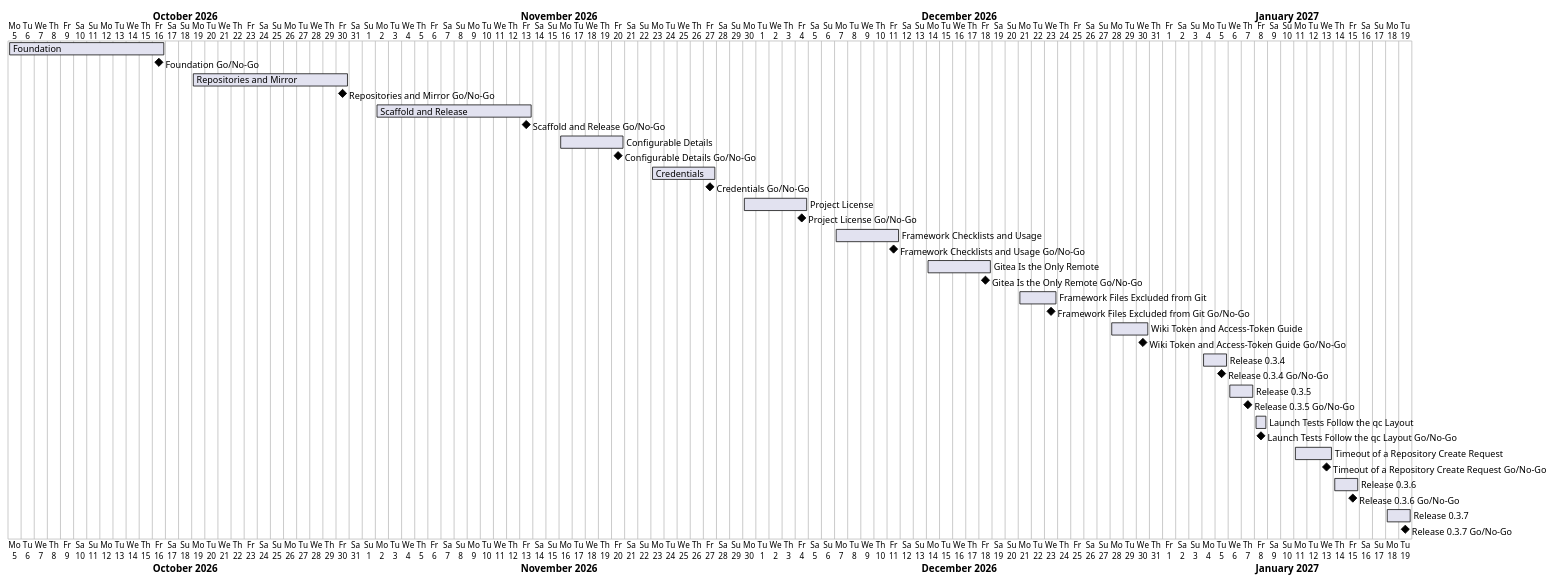
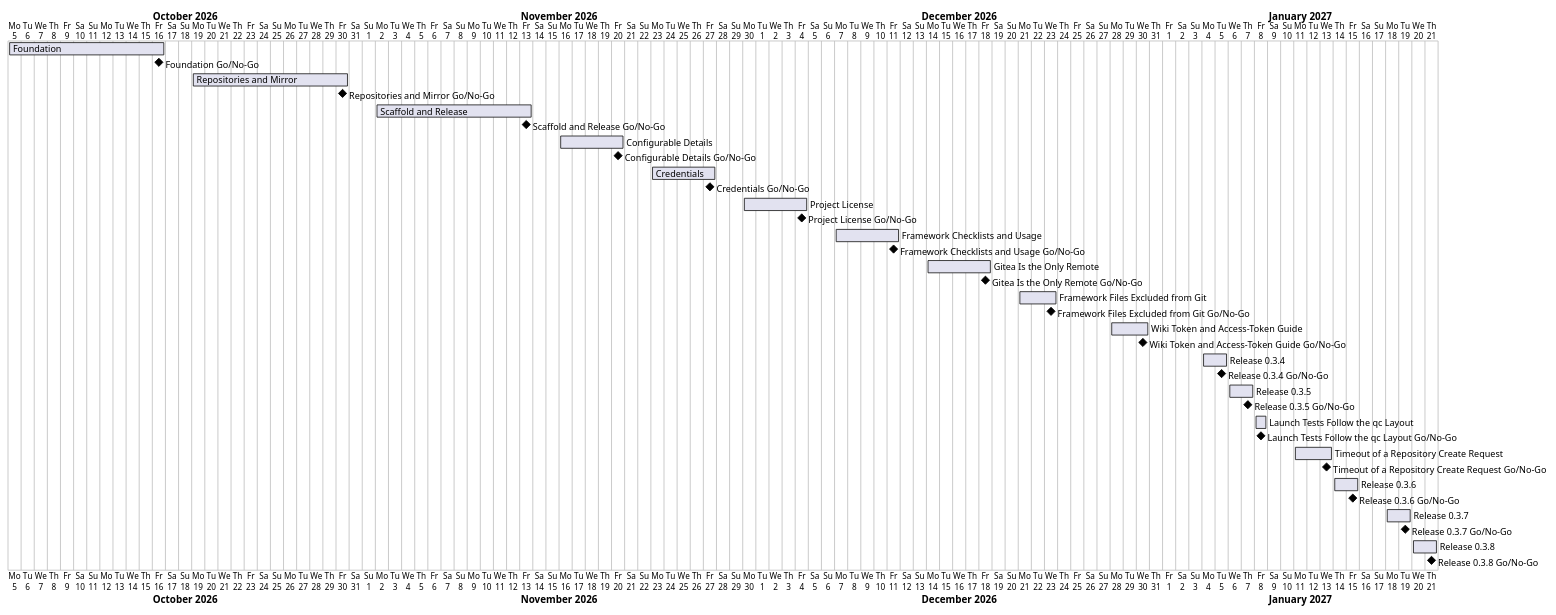
One commit to TirSystem-BashScript/repo-foundry changed the diagram in docs/project-plan.md. Above: the diagram before and after it, drawn with PlantUML. The commit also changed other lines of this file and 8 other files, not shown here.

````diff
--- a/docs/project-plan.md
+++ b/docs/project-plan.md
@@ -49,37 +50,39 @@
 ```plantuml
 @startgantt
 Project starts 2026-10-05
 [Foundation] starts 2026-10-05 and ends 2026-10-16
 [Foundation Go/No-Go] happens 2026-10-16
 [Repositories and Mirror] starts 2026-10-19 and ends 2026-10-30
 [Repositories and Mirror Go/No-Go] happens 2026-10-30
 [Scaffold and Release] starts 2026-11-02 and ends 2026-11-13
 [Scaffold and Release Go/No-Go] happens 2026-11-13
 [Configurable Details] starts 2026-11-16 and ends 2026-11-20
 [Configurable Details Go/No-Go] happens 2026-11-20
 [Credentials] starts 2026-11-23 and ends 2026-11-27
 [Credentials Go/No-Go] happens 2026-11-27
 [Project License] starts 2026-11-30 and ends 2026-12-04
 [Project License Go/No-Go] happens 2026-12-04
 [Framework Checklists and Usage] starts 2026-12-07 and ends 2026-12-11
 [Framework Checklists and Usage Go/No-Go] happens 2026-12-11
 [Gitea Is the Only Remote] starts 2026-12-14 and ends 2026-12-18
 [Gitea Is the Only Remote Go/No-Go] happens 2026-12-18
 [Framework Files Excluded from Git] starts 2026-12-21 and ends 2026-12-23
 [Framework Files Excluded from Git Go/No-Go] happens 2026-12-23
 [Wiki Token and Access-Token Guide] starts 2026-12-28 and ends 2026-12-30
 [Wiki Token and Access-Token Guide Go/No-Go] happens 2026-12-30
 [Release 0.3.4] starts 2027-01-04 and ends 2027-01-05
 [Release 0.3.4 Go/No-Go] happens 2027-01-05
 [Release 0.3.5] starts 2027-01-06 and ends 2027-01-07
 [Release 0.3.5 Go/No-Go] happens 2027-01-07
 [Launch Tests Follow the qc Layout] starts 2027-01-08 and ends 2027-01-08
 [Launch Tests Follow the qc Layout Go/No-Go] happens 2027-01-08
 [Timeout of a Repository Create Request] starts 2027-01-11 and ends 2027-01-13
 [Timeout of a Repository Create Request Go/No-Go] happens 2027-01-13
 [Release 0.3.6] starts 2027-01-14 and ends 2027-01-15
 [Release 0.3.6 Go/No-Go] happens 2027-01-15
 [Release 0.3.7] starts 2027-01-18 and ends 2027-01-19
 [Release 0.3.7 Go/No-Go] happens 2027-01-19
+[Release 0.3.8] starts 2027-01-20 and ends 2027-01-21
+[Release 0.3.8 Go/No-Go] happens 2027-01-21
 @endgantt
 ```
````
